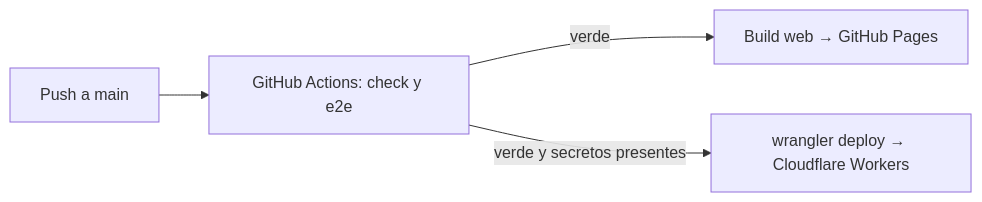
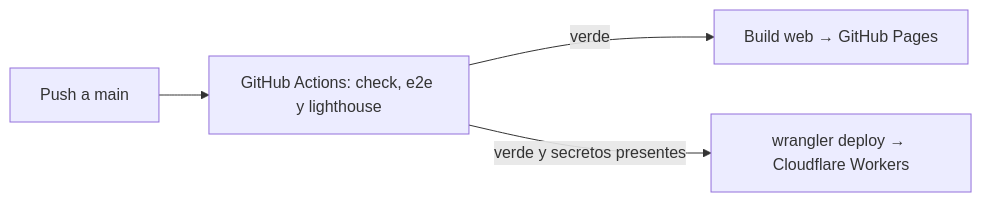
Before and after one commit to cosmemorillojulia/archdraft: the sixth of 6 diagrams in docs/arquitectura.md, drawn with Mermaid. The commit also changed other lines of this file and 6 other files, not shown here.

````diff
--- a/docs/arquitectura.md
+++ b/docs/arquitectura.md
@@ -226,6 +228,6 @@
 ```mermaid
 flowchart LR
-  dev[Push a main] --> ci[GitHub Actions: check y e2e]
+  dev[Push a main] --> ci[GitHub Actions: check, e2e y lighthouse]
   ci -->|verde| pages[Build web → GitHub Pages]
   ci -->|verde y secretos presentes| wr[wrangler deploy → Cloudflare Workers]
 ```
````
